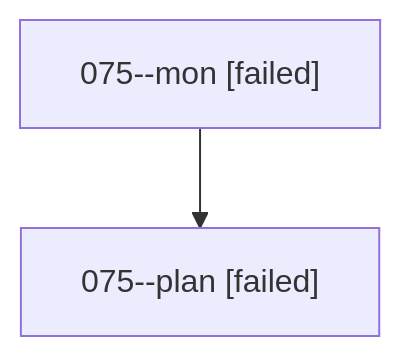
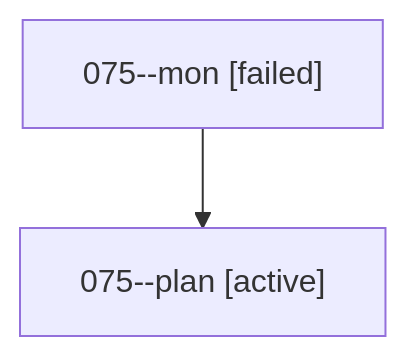
The diagram in families/bbugyi200.athena.075.md (sase-org/sase--agents), drawn with Mermaid before and after one commit. The commit also changed other lines of this file and 35830 other files, not shown here.

````diff
--- a/families/bbugyi200.athena.075.md
+++ b/families/bbugyi200.athena.075.md
@@ -9,6 +9,6 @@
 ```mermaid
 flowchart TD
   n0["075--mon [failed]"]
-  n1["075--plan [failed]"]
+  n1["075--plan [active]"]
   n0 --> n1
 ```
````
